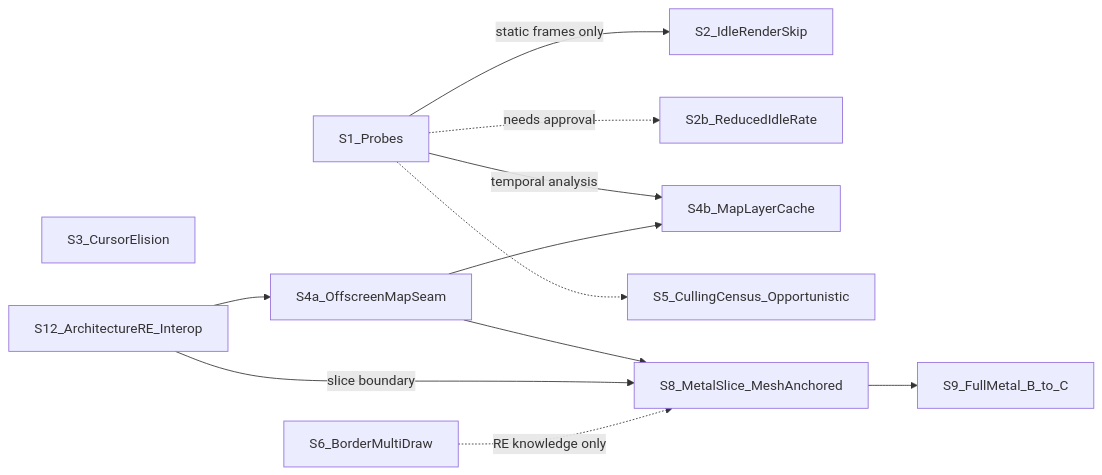
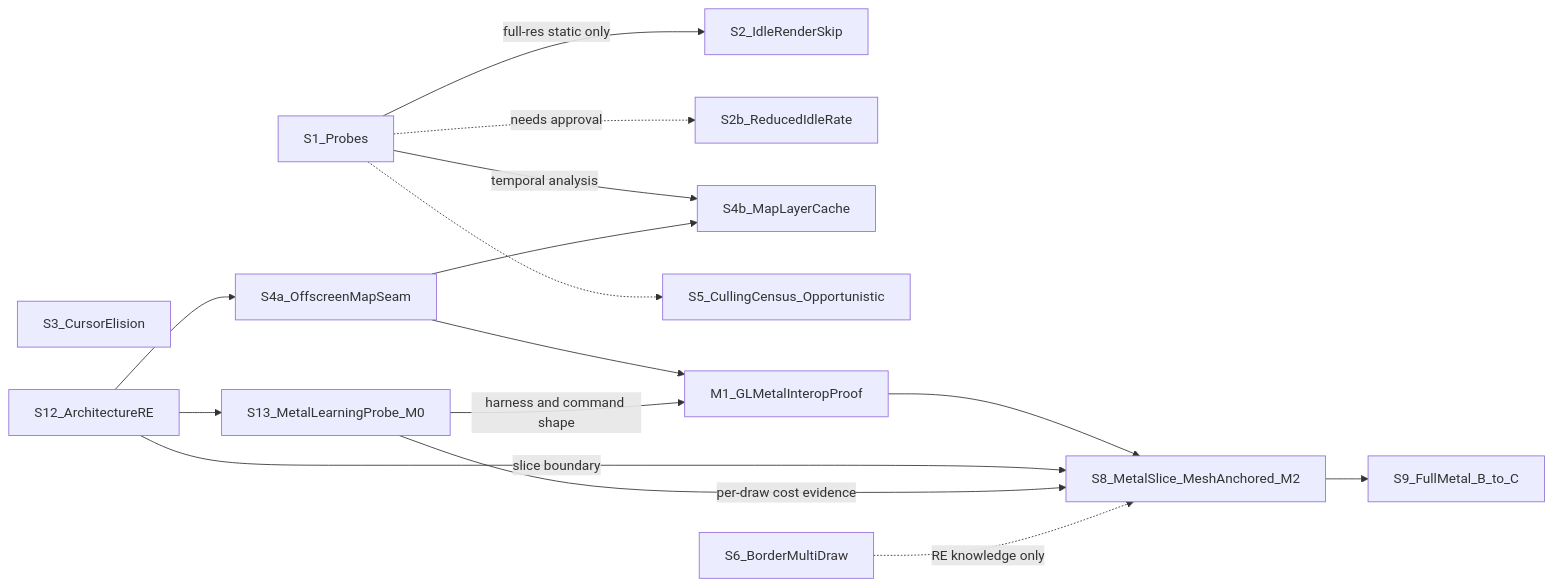
Before and after one commit to HagbardCel/eu4-mac-perf: the diagram in docs/eu4_rendering_alternatives_ranked.md, drawn with Mermaid. The commit also changed other lines of this file and 5 other files, not shown here.

````diff
--- a/docs/eu4_rendering_alternatives_ranked.md
+++ b/docs/eu4_rendering_alternatives_ranked.md
@@ -254,14 +273,18 @@
 ```mermaid
 flowchart LR
-    S1[S1_Probes] -->|"static frames only"| S2[S2_IdleRenderSkip]
+    S1[S1_Probes] -->|"full-res static only"| S2[S2_IdleRenderSkip]
     S1 -.->|"needs approval"| S2b[S2b_ReducedIdleRate]
     S1 -->|"temporal analysis"| S4b[S4b_MapLayerCache]
     S1 -.-> S5[S5_CullingCensus_Opportunistic]
     S3[S3_CursorElision]
-    S12[S12_ArchitectureRE_Interop] --> S4a[S4a_OffscreenMapSeam]
+    S12[S12_ArchitectureRE] --> S13[S13_MetalLearningProbe_M0]
+    S12 --> S4a[S4a_OffscreenMapSeam]
+    S4a --> M1[M1_GLMetalInteropProof]
     S4a --> S4b
-    S4a --> S8[S8_MetalSlice_MeshAnchored]
+    S13 -->|"harness and command shape"| M1
+    M1 --> S8[S8_MetalSlice_MeshAnchored_M2]
     S12 -->|"slice boundary"| S8
+    S13 -->|"per-draw cost evidence"| S8
     S8 --> S9[S9_FullMetal_B_to_C]
     S6[S6_BorderMultiDraw] -.->|"RE knowledge only"| S8
 ```
````
